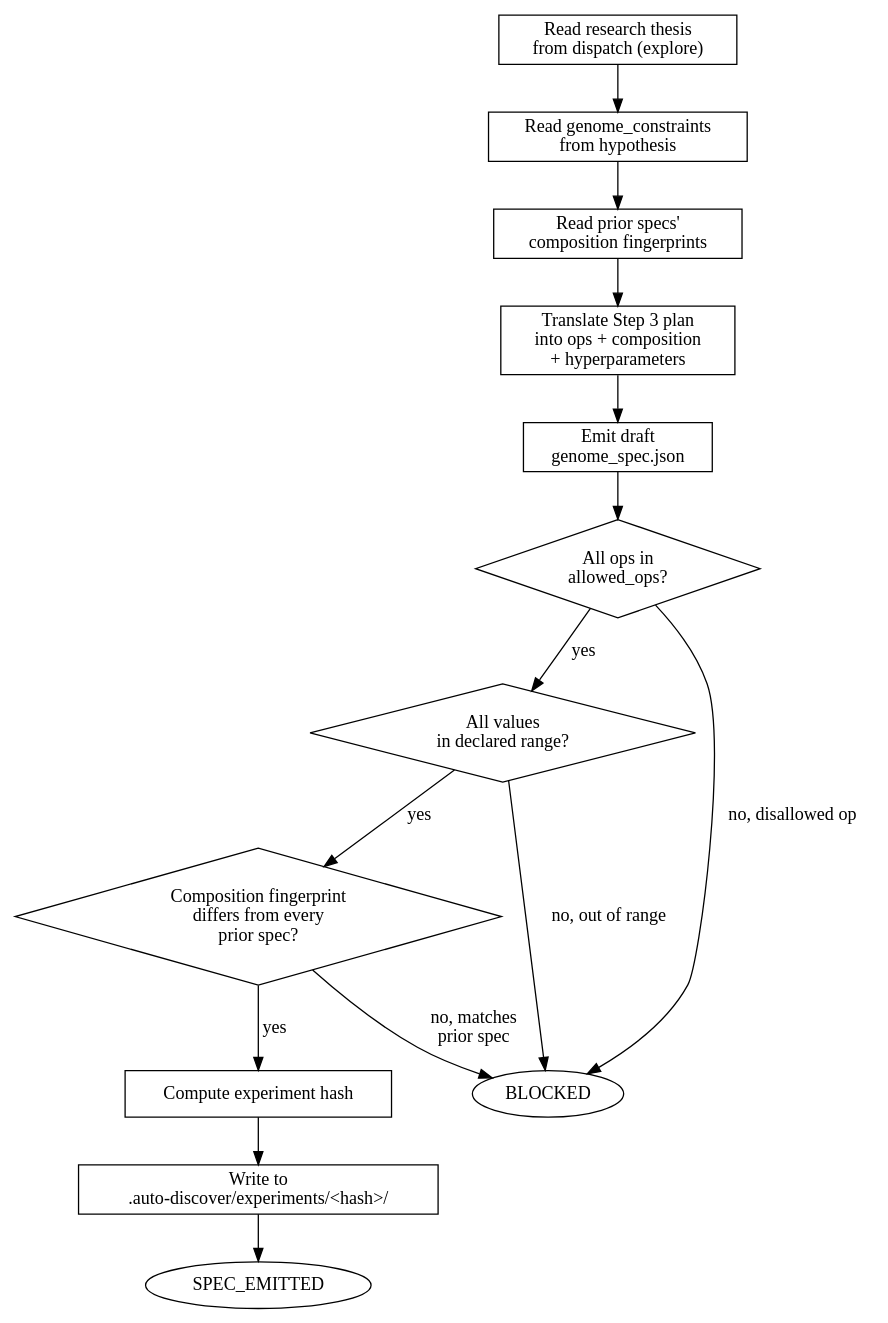
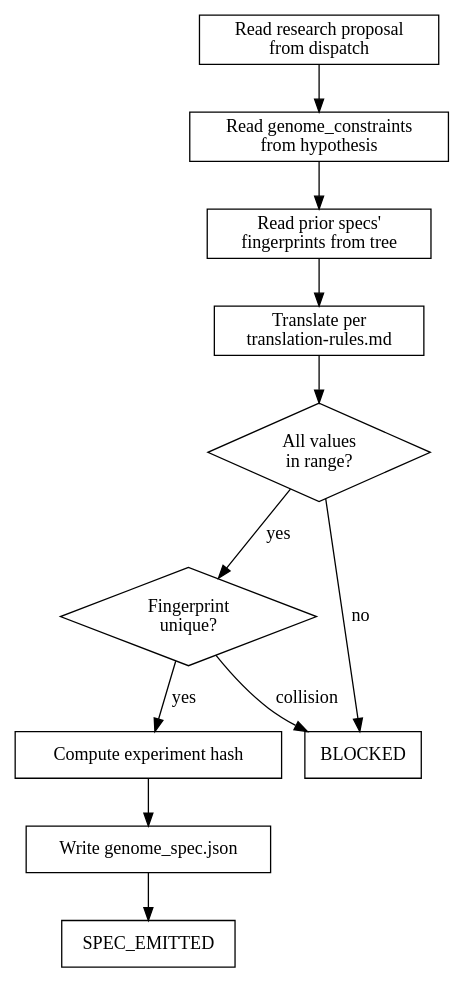
Before and after one commit to Hook12aaa/auto-discover: the diagram in skills/propose-spec/SKILL.md, drawn with Graphviz. The commit also changed other lines of this file and 47 other files, not shown here.

First line of the commit message:
Contract-first rearchitecture (v0.3.0)

````diff
--- a/skills/propose-spec/SKILL.md
+++ b/skills/propose-spec/SKILL.md
@@ -36,32 +47,24 @@
 ```dot
 digraph propose_spec {
     rankdir=TB;
     node [shape=box];
-    read_thesis [label="Read research thesis\nfrom dispatch (explore)"];
+    read_proposal [label="Read research proposal\nfrom dispatch"];
     read_constraints [label="Read genome_constraints\nfrom hypothesis"];
-    read_prior [label="Read prior specs'\ncomposition fingerprints"];
-    translate [label="Translate Step 3 plan\ninto ops + composition\n+ hyperparameters"];
-    emit [label="Emit draft\ngenome_spec.json"];
-    verify_ops [label="All ops in\nallowed_ops?" shape=diamond];
-    verify_ranges [label="All values\nin declared range?" shape=diamond];
-    verify_fp [label="Composition fingerprint\ndiffers from every\nprior spec?" shape=diamond];
+    read_prior [label="Read prior specs'\nfingerprints from tree"];
+    translate [label="Translate per\ntranslation-rules.md"];
+    verify_constraints [label="All values\nin range?" shape=diamond];
+    verify_fp [label="Fingerprint\nunique?" shape=diamond];
     hash [label="Compute experiment hash"];
-    write [label="Write to\n.auto-discover/experiments/<hash>/"];
-    emitted [label="SPEC_EMITTED", shape=ellipse];
-    blocked [label="BLOCKED", shape=ellipse];
+    write [label="Write genome_spec.json"];
+    emitted [label="SPEC_EMITTED"];
+    blocked [label="BLOCKED"];
 
-    read_thesis -> read_constraints;
-    read_constraints -> read_prior;
-    read_prior -> translate;
-    translate -> emit;
-    emit -> verify_ops;
-    verify_ops -> verify_ranges [label="yes"];
-    verify_ops -> blocked [label="no, disallowed op"];
-    verify_ranges -> verify_fp [label="yes"];
-    verify_ranges -> blocked [label="no, out of range"];
+    read_proposal -> read_constraints -> read_prior -> translate;
+    translate -> verify_constraints;
+    verify_constraints -> verify_fp [label="yes"];
+    verify_constraints -> blocked [label="no"];
     verify_fp -> hash [label="yes"];
-    verify_fp -> blocked [label="no, matches\nprior spec"];
-    hash -> write;
-    write -> emitted;
+    verify_fp -> blocked [label="collision"];
+    hash -> write -> emitted;
 }
 ```
````
